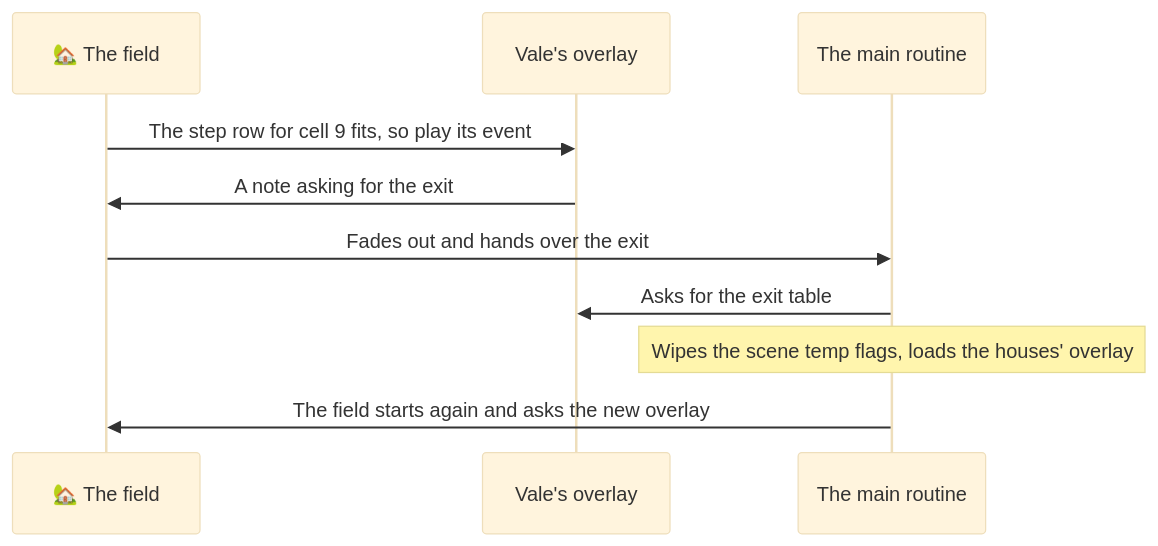
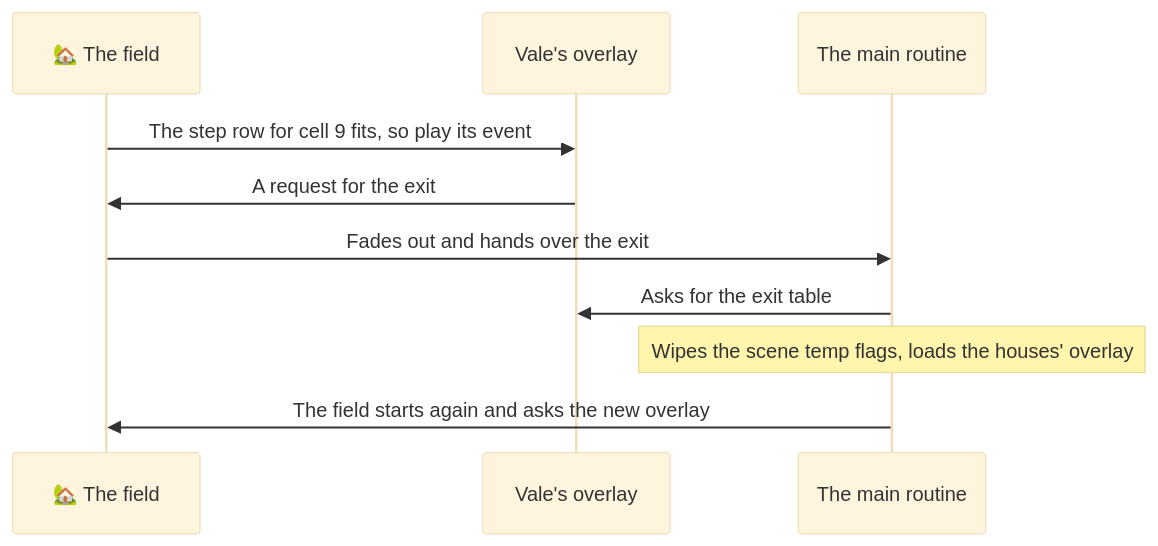
One commit to PascalPixel/alchemy changed the sixth of 6 diagrams in games/tbs/src/scene/README.md. Above: the diagram before and after it, drawn with Mermaid. The commit also changed other lines of this file and 20 other files, not shown here.

````diff
--- a/games/tbs/src/scene/README.md
+++ b/games/tbs/src/scene/README.md
@@ -780,13 +781,13 @@
 ```mermaid
 %%{init: {"theme": "base", "themeVariables": {"lineColor": "#9AA3AE"}}}%%
 sequenceDiagram
   participant field as 🏡 The field
   participant vale as Vale's overlay
   participant main as The main routine
   field->>vale: The step row for cell 9 fits, so play its event
-  vale->>field: A note asking for the exit
+  vale->>field: A request for the exit
   field->>main: Fades out and hands over the exit
   main->>vale: Asks for the exit table
   Note over main: Wipes the scene temp flags, loads the houses' overlay
   main->>field: The field starts again and asks the new overlay
 ```
````
